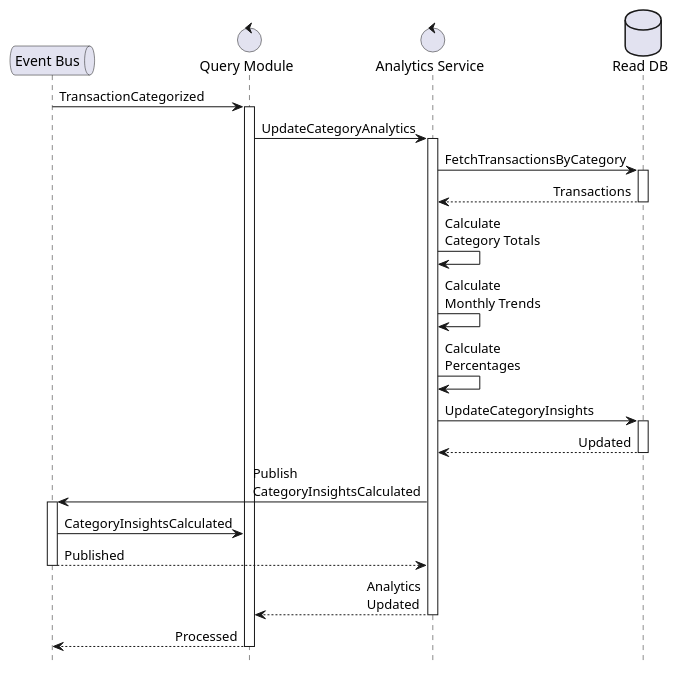
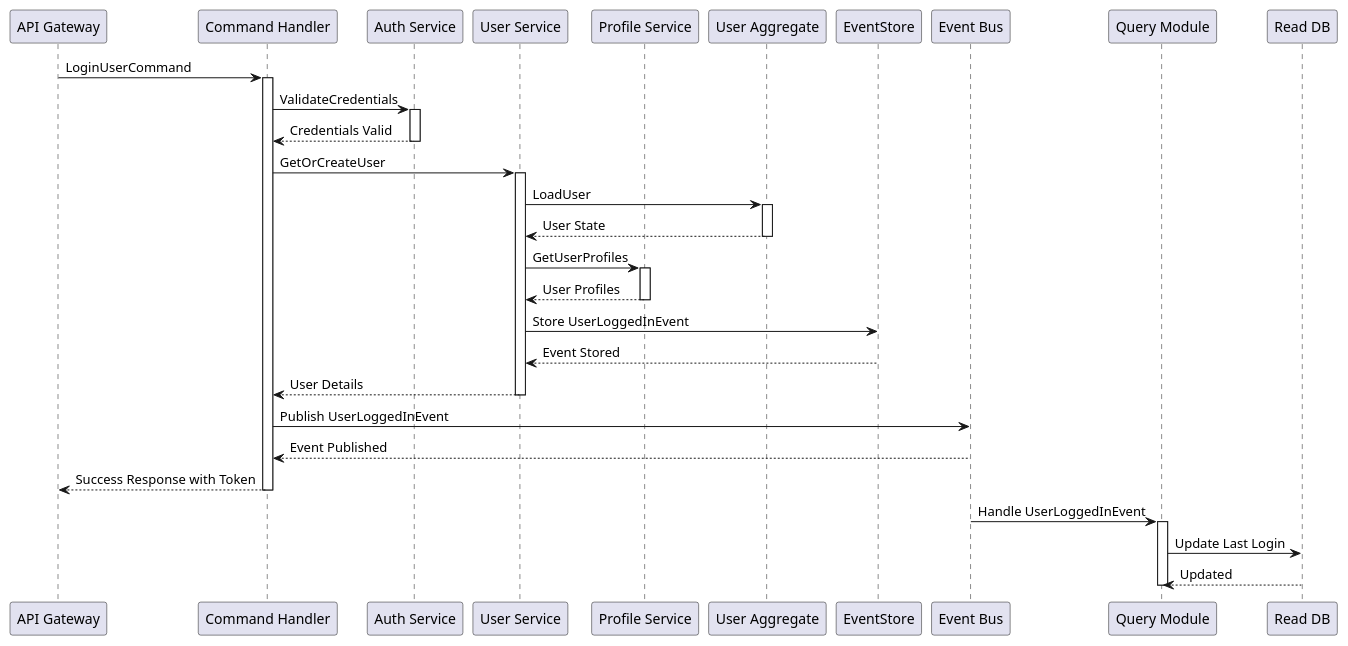
The eighth of 9 diagrams in docs/model/sequence-diagrams.md (Osguima3/welz), drawn with PlantUML before and after one commit. The commit also changed other lines of this file and 6 other files, not shown here.

````diff
--- a/docs/model/sequence-diagrams.md
+++ b/docs/model/sequence-diagrams.md
@@ -195,48 +390,53 @@
 ```plantuml
 @startuml
-!pragma teoz true
-skinparam responseMessageBelowArrow true
-skinparam sequenceMessageAlign direction
-skinparam maxMessageSize 100
-skinparam participantPadding 20
-skinparam boxPadding 10
-hide footbox
+participant "API Gateway" as API
+participant "Command Handler" as CH
+participant "Auth Service" as AS
+participant "User Service" as US
+participant "Profile Service" as PS
+participant "User Aggregate" as UA
+participant "EventStore" as ES
+participant "Event Bus" as EB
+participant "Query Module" as QM
+participant "Read DB" as DB
 
-queue       "Event Bus"              as EB
-control     "Query Module"           as QM
-control     "Analytics Service"      as AS
-database    "Read DB"               as DB
+API -> CH: LoginUserCommand
+activate CH
 
-EB -> QM: TransactionCategorized
-activate QM
-
-QM -> AS: UpdateCategoryAnalytics
+CH -> AS: ValidateCredentials
 activate AS
-
-AS -> DB: FetchTransactionsByCategory
-activate DB
-DB --> AS: Transactions
-deactivate DB
-
-AS -> AS: Calculate\nCategory Totals
-AS -> AS: Calculate\nMonthly Trends
-AS -> AS: Calculate\nPercentages
-
-AS -> DB: UpdateCategoryInsights
-activate DB
-DB --> AS: Updated
-deactivate DB
-
-AS -> EB: Publish CategoryInsightsCalculated
-activate EB
-EB -> QM: CategoryInsightsCalculated
-EB --> AS: Published
-deactivate EB
-
-AS --> QM: Analytics Updated
+AS --> CH: Credentials Valid
 deactivate AS
 
-QM --> EB: Processed
+CH -> US: GetOrCreateUser
+activate US
+
+US -> UA: LoadUser
+activate UA
+UA --> US: User State
+deactivate UA
+
+US -> PS: GetUserProfiles
+activate PS
+PS --> US: User Profiles
+deactivate PS
+
+US -> ES: Store UserLoggedInEvent
+ES --> US: Event Stored
+
+US --> CH: User Details
+deactivate US
+
+CH -> EB: Publish UserLoggedInEvent
+EB --> CH: Event Published
+
+CH --> API: Success Response with Token
+deactivate CH
+
+EB -> QM: Handle UserLoggedInEvent
+activate QM
+QM -> DB: Update Last Login
+DB --> QM: Updated
 deactivate QM
 @enduml
 ```
````
